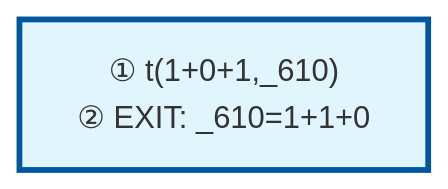
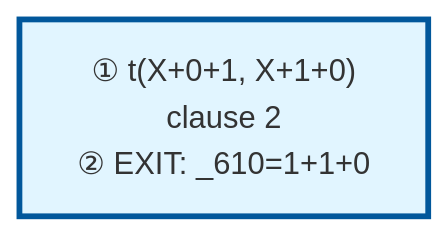
The diagram in examples/operator-output.md (jarecsni/prolog-trace-viz), drawn with Mermaid before and after one commit. The commit also changed 8 other files, not shown here.

````diff
--- a/examples/operator-output.md
+++ b/examples/operator-output.md
@@ -38,11 +38,11 @@
 ```mermaid
 graph TD
 
 %% Nodes
-A["① t(1+0+1,_610)<br/>② EXIT: _610=1+1+0"]
+A["① t(X+0+1, X+1+0)<br/>clause 2<br/>② EXIT: _610=1+1+0"]
 
 %% Edges
 
 %% Styles
 style A fill:#e1f5ff,stroke:#01579b,stroke-width:3px
 ```
````
